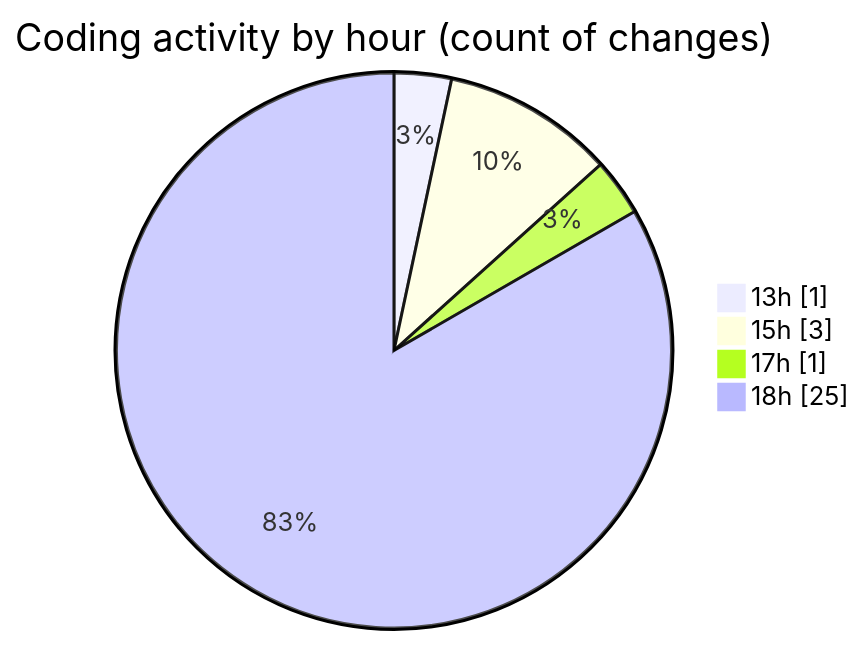
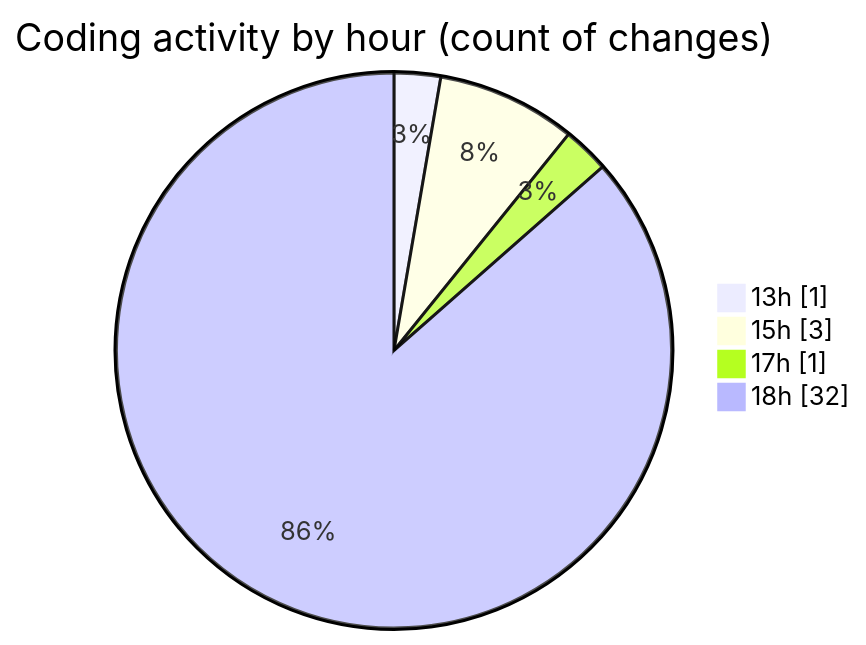
The second of 2 diagrams in 2025-04-09/nxtqube_webapp/README.md (nxtqubesakshisongat/code-tracking), drawn with Mermaid before and after one commit. The commit also changed other lines of this file and 1 other file, not shown here.

````diff
--- a/2025-04-09/nxtqube_webapp/README.md
+++ b/2025-04-09/nxtqube_webapp/README.md
@@ -32,8 +32,8 @@
 ```mermaid
 pie showData
 title Coding activity by hour (count of changes)
 "13h" : 1
 "15h" : 3
 "17h" : 1
-"18h" : 25
+"18h" : 32
 ```
````
